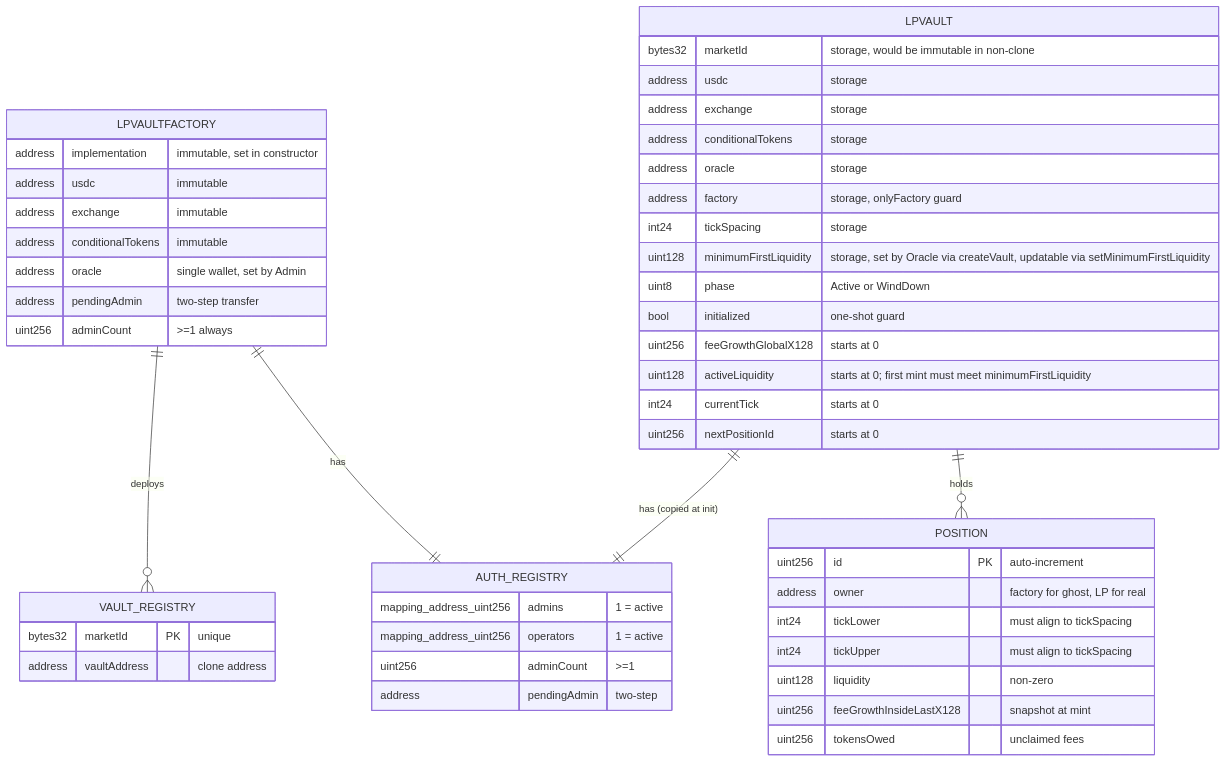
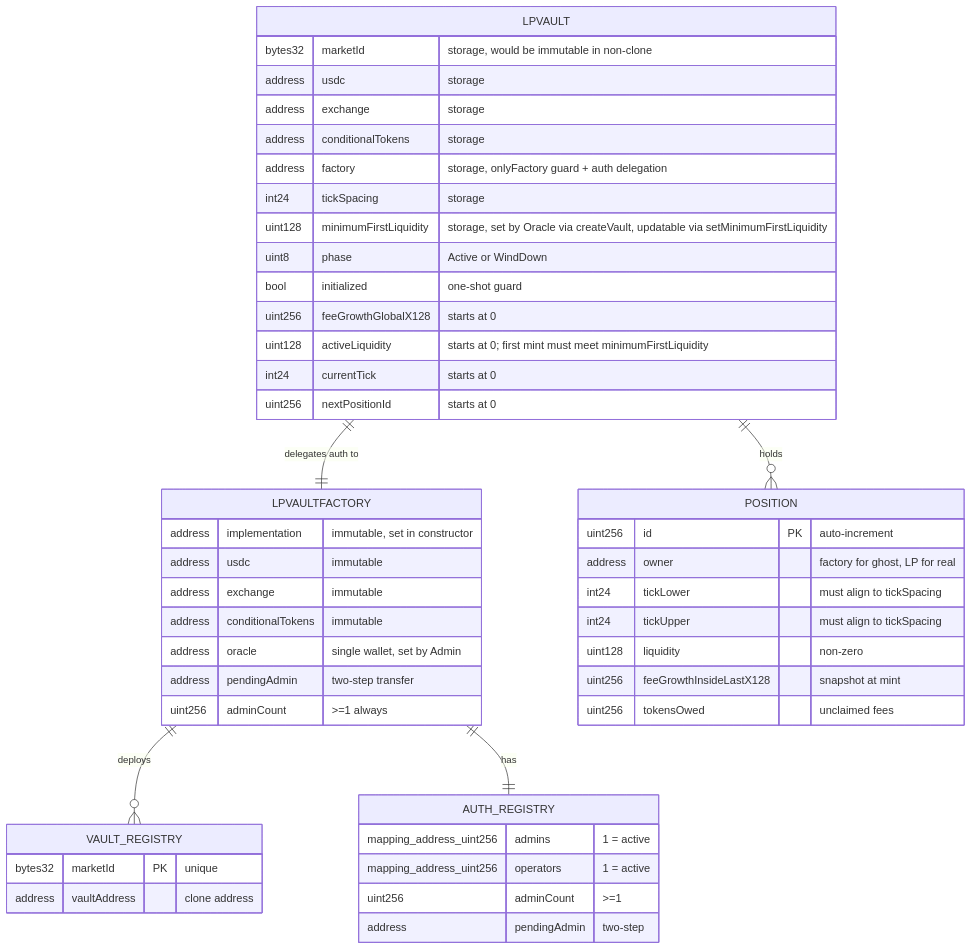
One commit to ProphetMarket/lp-vaults changed the third of 4 diagrams in specs/features/contracts/FEAT-REPZ-deploy-lp-vault-for-a-market/ARCHITECTURE.md. Above: the diagram before and after it, drawn with Mermaid. The commit also changed other lines of this file and 16 other files, not shown here.

First line of the commit message:
chore: Implement UC-REQ1-001 + UC-REQ2-002 factory-delegated auth

````diff
--- a/specs/features/contracts/FEAT-REPZ-deploy-lp-vault-for-a-market/ARCHITECTURE.md
+++ b/specs/features/contracts/FEAT-REPZ-deploy-lp-vault-for-a-market/ARCHITECTURE.md
@@ -62,51 +62,50 @@
 ```mermaid
 erDiagram
     LPVAULTFACTORY {
         address implementation "immutable, set in constructor"
         address usdc "immutable"
         address exchange "immutable"
         address conditionalTokens "immutable"
         address oracle "single wallet, set by Admin"
         address pendingAdmin "two-step transfer"
         uint256 adminCount ">=1 always"
     }
     LPVAULTFACTORY ||--o{ VAULT_REGISTRY : "deploys"
     VAULT_REGISTRY {
         bytes32 marketId PK "unique"
         address vaultAddress "clone address"
     }
     LPVAULT {
         bytes32 marketId "storage, would be immutable in non-clone"
         address usdc "storage"
         address exchange "storage"
         address conditionalTokens "storage"
-        address oracle "storage"
-        address factory "storage, onlyFactory guard"
+        address factory "storage, onlyFactory guard + auth delegation"
         int24 tickSpacing "storage"
         uint128 minimumFirstLiquidity "storage, set by Oracle via createVault, updatable via setMinimumFirstLiquidity"
         uint8 phase "Active or WindDown"
         bool initialized "one-shot guard"
         uint256 feeGrowthGlobalX128 "starts at 0"
         uint128 activeLiquidity "starts at 0; first mint must meet minimumFirstLiquidity"
         int24 currentTick "starts at 0"
         uint256 nextPositionId "starts at 0"
     }
     LPVAULT ||--o{ POSITION : "holds"
     POSITION {
         uint256 id PK "auto-increment"
         address owner "factory for ghost, LP for real"
         int24 tickLower "must align to tickSpacing"
         int24 tickUpper "must align to tickSpacing"
         uint128 liquidity "non-zero"
         uint256 feeGrowthInsideLastX128 "snapshot at mint"
         uint256 tokensOwed "unclaimed fees"
     }
     AUTH_REGISTRY {
         mapping_address_uint256 admins "1 = active"
         mapping_address_uint256 operators "1 = active"
         uint256 adminCount ">=1"
         address pendingAdmin "two-step"
     }
     LPVAULTFACTORY ||--|| AUTH_REGISTRY : "has"
-    LPVAULT ||--|| AUTH_REGISTRY : "has (copied at init)"
+    LPVAULT ||--|| LPVAULTFACTORY : "delegates auth to"
 ```
````
